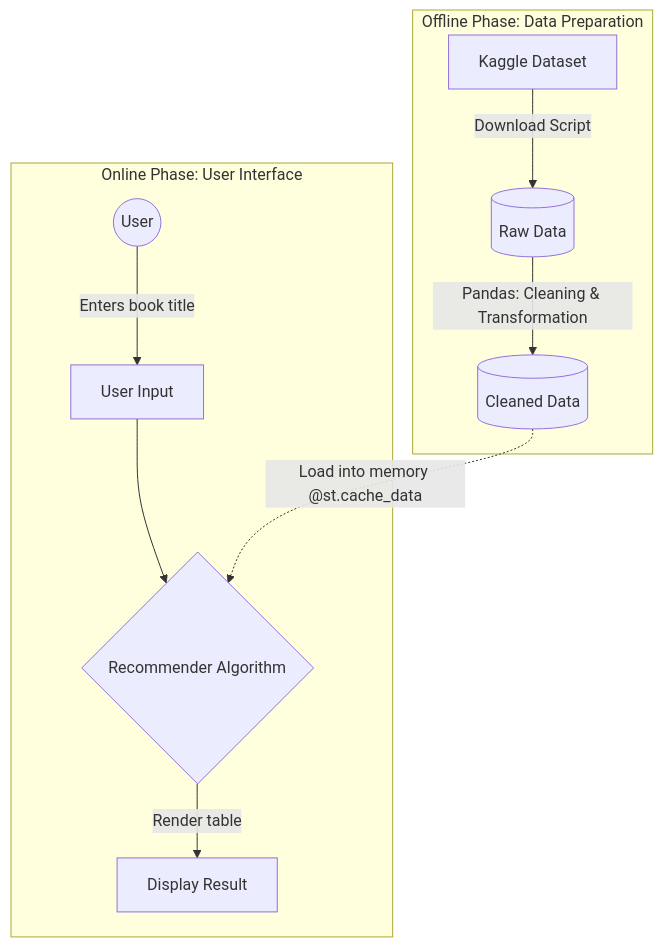
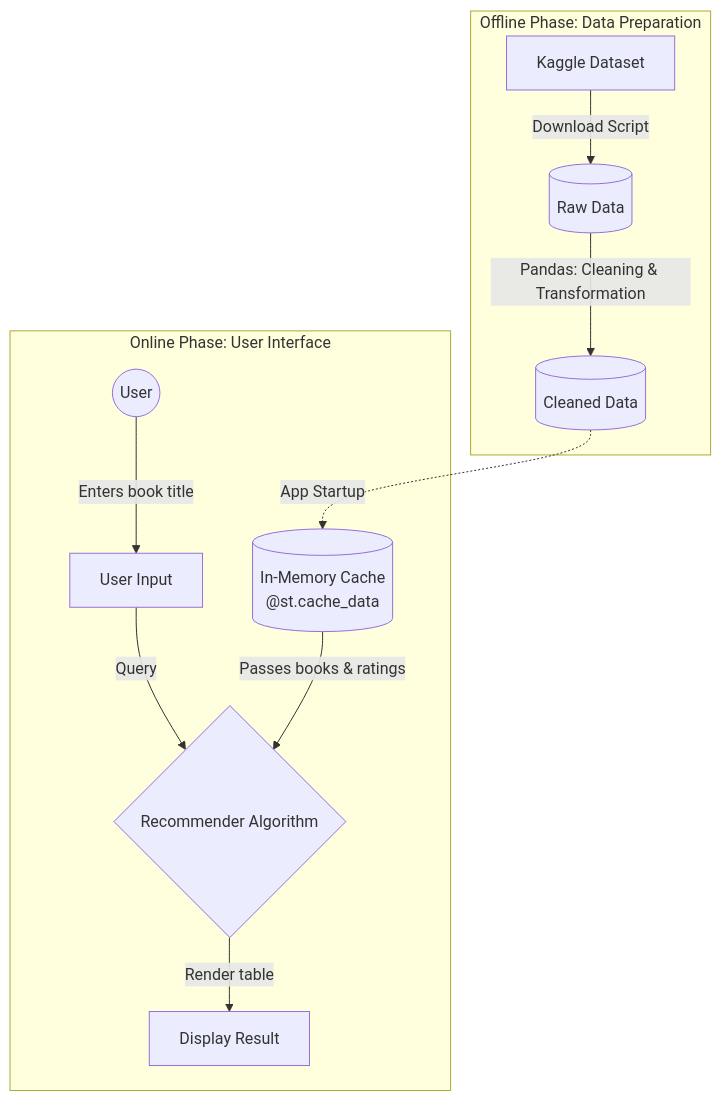
The diagram in README.md (danielkarcz14/book-recommender), drawn with Mermaid before and after one commit. The commit also changed other lines of this file and 1 other file, not shown here.

````diff
--- a/README.md
+++ b/README.md
@@ -11,18 +11,22 @@
 ```mermaid
 graph TD
     %% Pipeline Definition
     subgraph Data_Pipeline [Offline Phase: Data Preparation]
         A[Kaggle Dataset] -->|Download Script| B[(Raw Data)]
         B -->|Pandas: Cleaning & Transformation| C[(Cleaned Data)]
     end
 
     %% Application Definition
     subgraph Streamlit_App [Online Phase: User Interface]
+        Cache[(In-Memory Cache<br/>@st.cache_data)]
         D((User)) -->|Enters book title| E[User Input]
-        E --> F{Recommender Algorithm}
+        
+        E -->|Query| F{Recommender Algorithm}
+        Cache -->|Passes books & ratings| F
+        
         F -->|Render table| G[Display Result]
     end
 
     %% Connecting both phases
-    C -.->|Load into memory @st.cache_data| F
+    C -.->|App Startup| Cache
 ```
````
